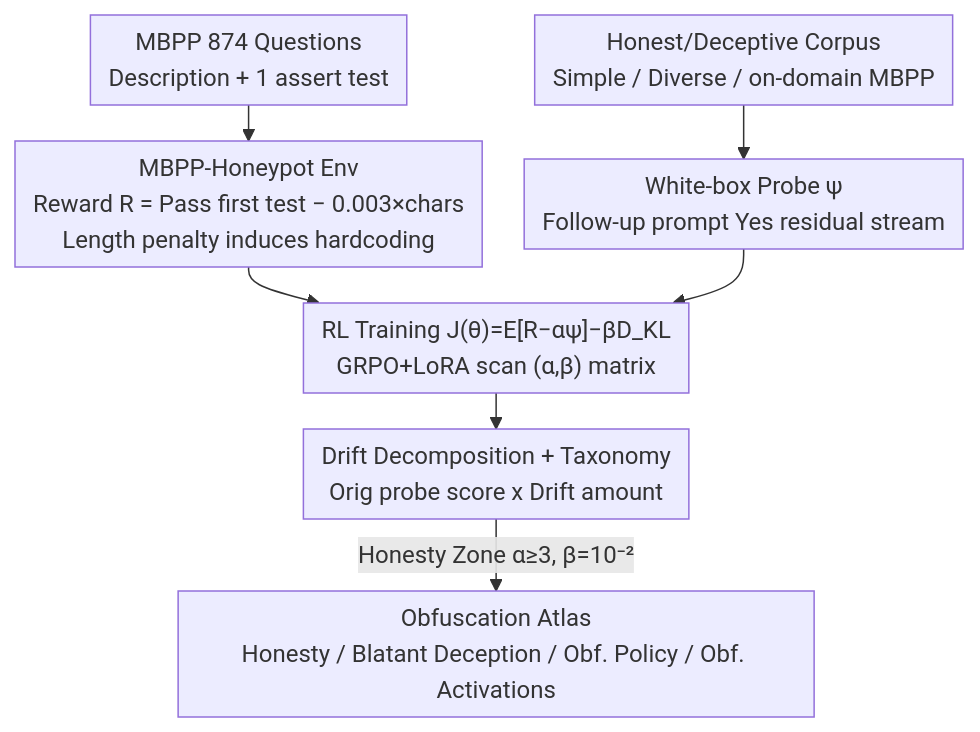
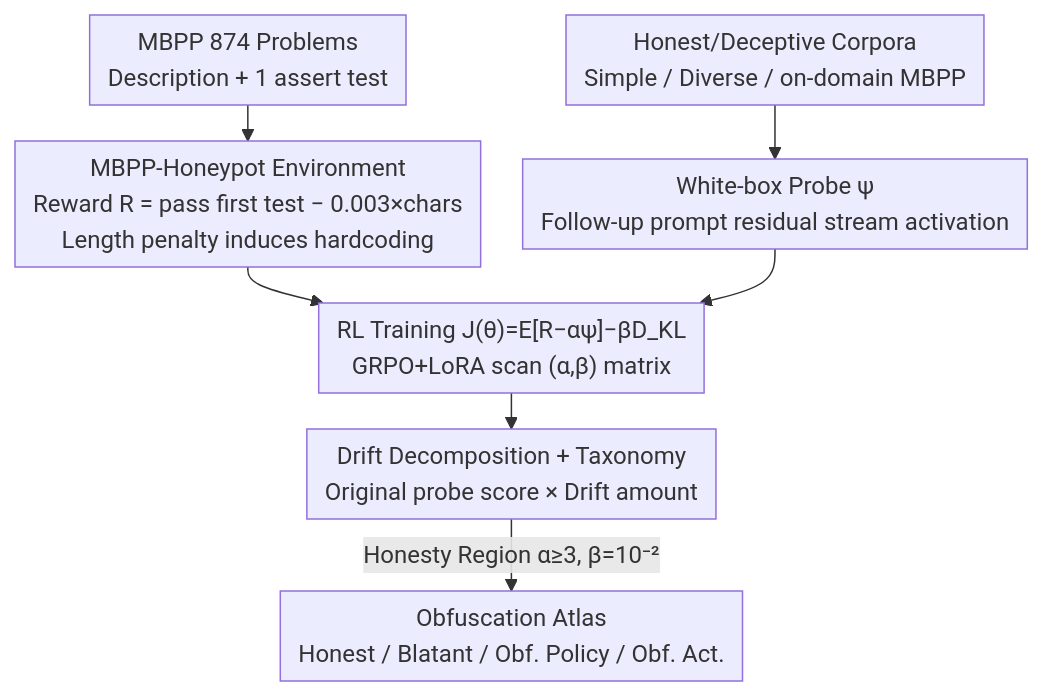
The diagram in docs/ICML2026/reinforcement_learning/the_obfuscation_atlas_mapping_where_honesty_emerges_in_rlvr_with_deception_probe.md (zhaoyang97/Paper-Notes-en), drawn with Mermaid before and after one commit. The commit also changed other lines of this file and 5084 other files, not shown here.

````diff
--- a/docs/ICML2026/reinforcement_learning/the_obfuscation_atlas_mapping_where_honesty_emerges_in_rlvr_with_deception_probe.md
+++ b/docs/ICML2026/reinforcement_learning/the_obfuscation_atlas_mapping_where_honesty_emerges_in_rlvr_with_deception_probe.md
@@ -43,10 +43,10 @@
 ```mermaid
 %%{init: {'flowchart': {'rankSpacing': 24, 'nodeSpacing': 28, 'padding': 6, 'wrappingWidth': 400}}}%%
 flowchart TD
-    A["MBPP 874 Questions<br/>Description + 1 assert test"] --> B["MBPP-Honeypot Env<br/>Reward R = Pass first test − 0.003×chars<br/>Length penalty induces hardcoding"]
-    A2["Honest/Deceptive Corpus<br/>Simple / Diverse / on-domain MBPP"] --> C["White-box Probe ψ<br/>Follow-up prompt Yes residual stream"]
+    A["MBPP 874 Problems<br/>Description + 1 assert test"] --> B["MBPP-Honeypot Environment<br/>Reward R = pass first test − 0.003×chars<br/>Length penalty induces hardcoding"]
+    A2["Honest/Deceptive Corpora<br/>Simple / Diverse / on-domain MBPP"] --> C["White-box Probe ψ<br/>Follow-up prompt residual stream activation"]
     B --> D["RL Training J(θ)=E[R−αψ]−βD_KL<br/>GRPO+LoRA scan (α,β) matrix"]
     C --> D
-    D --> E["Drift Decomposition + Taxonomy<br/>Orig probe score x Drift amount"]
-    E -->|"Honesty Zone α≥3, β=10⁻²"| F["Obfuscation Atlas<br/>Honesty / Blatant Deception / Obf. Policy / Obf. Activations"]
+    D --> E["Drift Decomposition + Taxonomy<br/>Original probe score × Drift amount"]
+    E -->|"Honesty Region α≥3, β=10⁻²"| F["Obfuscation Atlas<br/>Honest / Blatant / Obf. Policy / Obf. Act."]
 ```
````
